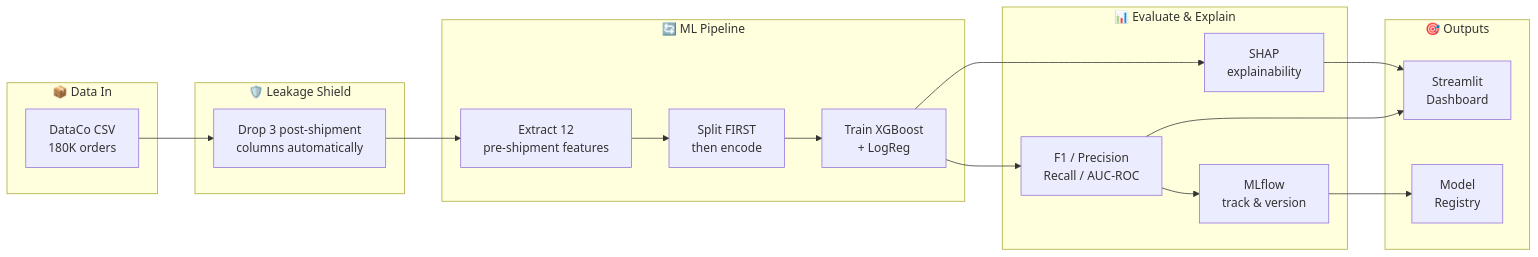
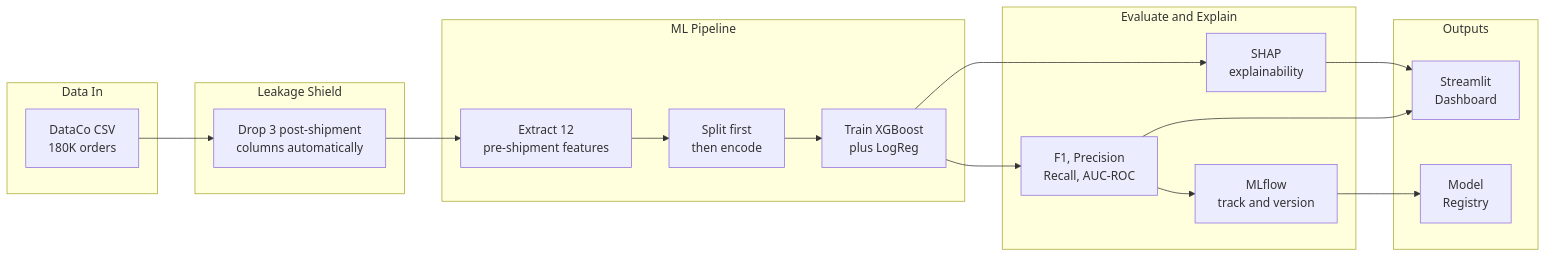
One commit to tirthjoship/late-delivery changed the third of 3 diagrams in README.md. Above: the diagram before and after it, drawn with Mermaid. The commit also changed other lines of this file, not shown here.

First line of the commit message:
docs: add project-journey Mermaid diagrams to README

````diff
--- a/README.md
+++ b/README.md
@@ -106,32 +142,32 @@
 ```mermaid
 flowchart LR
-    subgraph Input["📦 Data In"]
-        CSV[DataCo CSV\n180K orders]
+    subgraph Input["Data In"]
+        CSV[DataCo CSV<br/>180K orders]
     end
 
-    subgraph Safety["🛡️ Leakage Shield"]
-        DROP[Drop 3 post-shipment\ncolumns automatically]
+    subgraph Safety["Leakage Shield"]
+        DROP[Drop 3 post-shipment<br/>columns automatically]
     end
 
-    subgraph Pipeline["🔄 ML Pipeline"]
-        FEAT[Extract 12\npre-shipment features]
-        SPLIT[Split FIRST\nthen encode]
-        TRAIN[Train XGBoost\n+ LogReg]
+    subgraph Pipeline["ML Pipeline"]
+        FEAT[Extract 12<br/>pre-shipment features]
+        SPLIT[Split first<br/>then encode]
+        TRAIN[Train XGBoost<br/>plus LogReg]
     end
 
-    subgraph Evaluate["📊 Evaluate & Explain"]
-        EVAL[F1 / Precision\nRecall / AUC-ROC]
-        SHAP[SHAP\nexplainability]
-        MLF[MLflow\ntrack & version]
+    subgraph Evaluate["Evaluate and Explain"]
+        EVAL[F1, Precision<br/>Recall, AUC-ROC]
+        SHAP[SHAP<br/>explainability]
+        MLF[MLflow<br/>track and version]
     end
 
-    subgraph Output["🎯 Outputs"]
-        DASH[Streamlit\nDashboard]
-        REG[Model\nRegistry]
+    subgraph Output["Outputs"]
+        DASH[Streamlit<br/>Dashboard]
+        REG[Model<br/>Registry]
     end
 
     CSV --> DROP --> FEAT --> SPLIT --> TRAIN
     TRAIN --> EVAL --> MLF --> REG
     TRAIN --> SHAP --> DASH
     EVAL --> DASH
 ```
````
